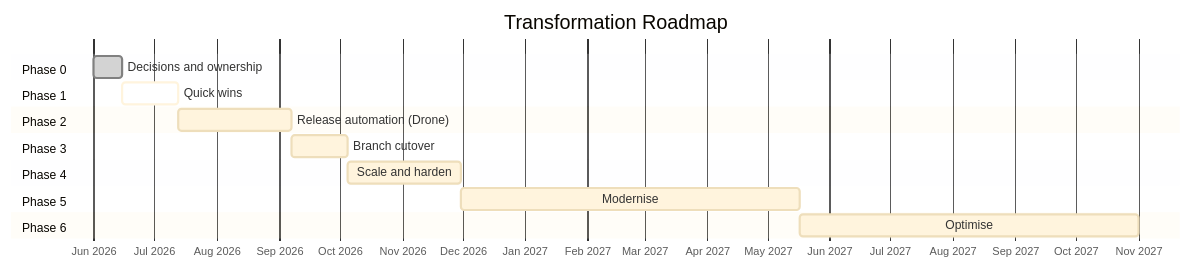
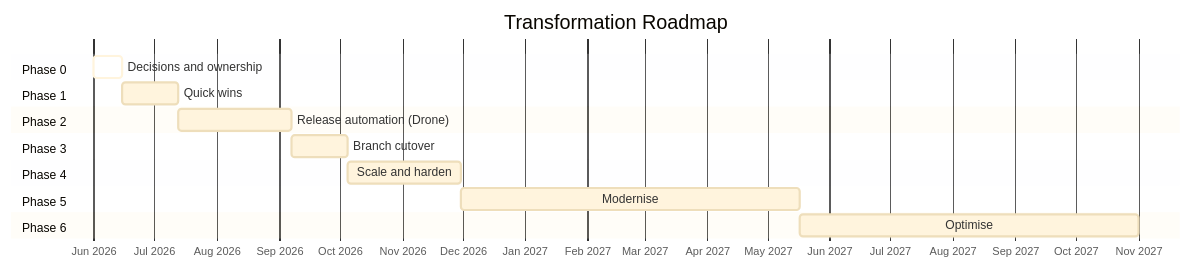
One commit to benanaktaspusulait/branching-strategy changed the fourth of 4 diagrams in docs/transformation-programme.md. Above: the diagram before and after it, drawn with Mermaid. The commit also changed other lines of this file and 9 other files, not shown here.

````diff
--- a/docs/transformation-programme.md
+++ b/docs/transformation-programme.md
@@ -310,29 +312,29 @@
 ```mermaid
 %%{init: {'theme': 'base', 'themeVariables': {'lineColor': '#5f6368'}}}%%
 
 gantt
   title Transformation Roadmap
   dateFormat YYYY-MM
   axisFormat %b %Y
 
   section Phase 0
-  Decisions and ownership       :done, p0, 2026-06, 2w
+  Decisions and ownership       :active, p0, 2026-06, 2w
 
   section Phase 1
-  Quick wins                    :active, p1, after p0, 4w
+  Quick wins                    :p1, after p0, 4w
 
   section Phase 2
   Release automation (Drone)    :p2, after p1, 8w
 
   section Phase 3
   Branch cutover                :p3, after p2, 4w
 
   section Phase 4
   Scale and harden              :p4, after p3, 8w
 
   section Phase 5
   Modernise                     :p5, after p4, 24w
 
   section Phase 6
   Optimise                      :p6, after p5, 24w
 ```
````
